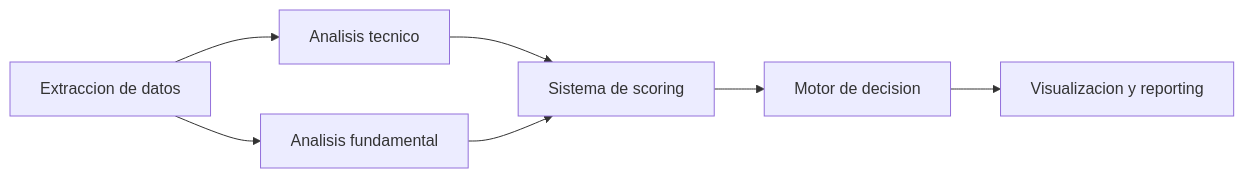
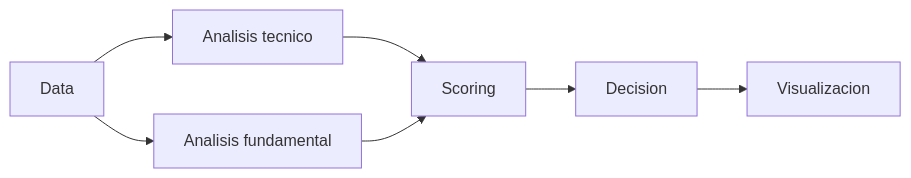
Before and after one commit to Romequinco/Sistema-De-Analisis-Financiero: the diagram in README.md, drawn with Mermaid. The commit also changed other lines of this file and 16 other files, not shown here.

````diff
--- a/README.md
+++ b/README.md
@@ -36,9 +14,9 @@
 ```mermaid
 flowchart LR
-    A[Extraccion de datos] --> B[Analisis tecnico]
+    A[Data] --> B[Analisis tecnico]
     A --> C[Analisis fundamental]
-    B --> D[Sistema de scoring]
+    B --> D[Scoring]
     C --> D
-    D --> E[Motor de decision]
-    E --> F[Visualizacion y reporting]
+    D --> E[Decision]
+    E --> F[Visualizacion]
 ```
````
